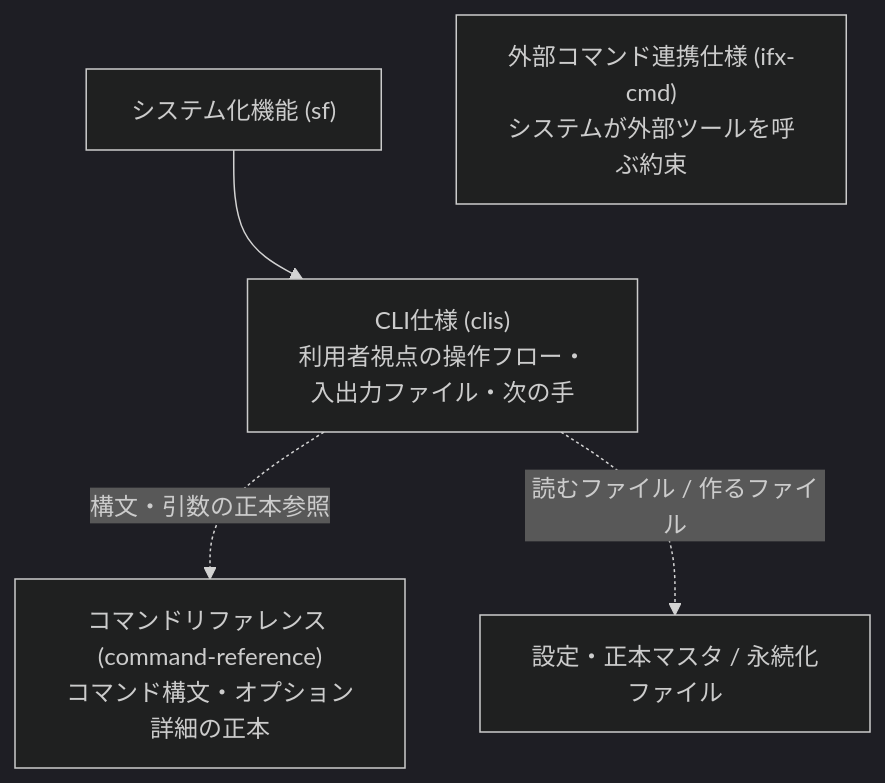
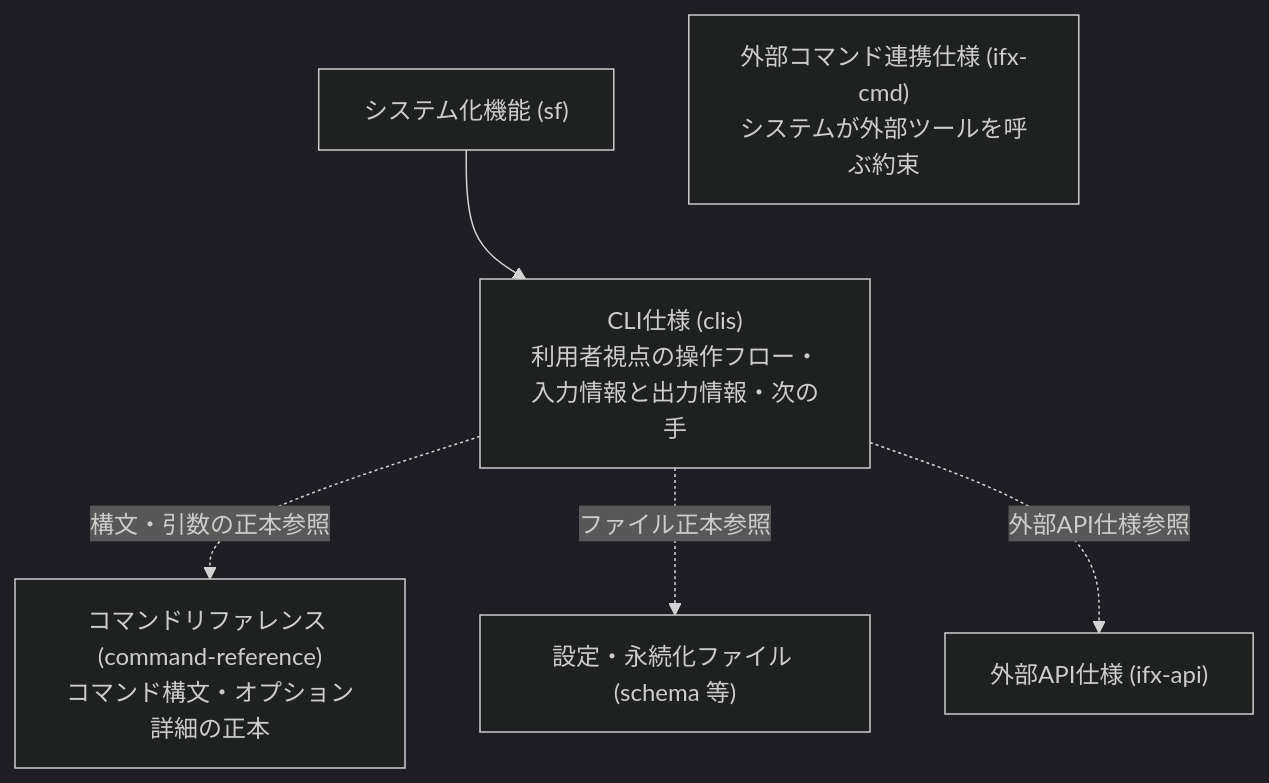
One commit to specdojo/specdojo changed the diagram in docs/ja/specdojo/rulebooks/clis-rulebook.md. Above: the diagram before and after it, drawn with Mermaid (dark theme). The commit also changed other lines of this file and 6 other files, not shown here.

````diff
--- a/docs/ja/specdojo/rulebooks/clis-rulebook.md
+++ b/docs/ja/specdojo/rulebooks/clis-rulebook.md
@@ -51,7 +51,8 @@
 ```mermaid
 graph TD
-    SF["システム化機能 (sf)"] --> CLIS["CLI仕様 (clis)<br/>利用者視点の操作フロー・入出力ファイル・次の手"]
+    SF["システム化機能 (sf)"] --> CLIS["CLI仕様 (clis)<br/>利用者視点の操作フロー・入力情報と出力情報・次の手"]
     CLIS -.->|"構文・引数の正本参照"| CMDREF["コマンドリファレンス (command-reference)<br/>コマンド構文・オプション詳細の正本"]
-    CLIS -.->|"読むファイル / 作るファイル"| FILE["設定・正本マスタ / 永続化ファイル"]
+    CLIS -.->|"ファイル正本参照"| FILE["設定・永続化ファイル (schema 等)"]
+    CLIS -.->|"外部API仕様参照"| API["外部API仕様 (ifx-api)"]
     IFX["外部コマンド連携仕様 (ifx-cmd)<br/>システムが外部ツールを呼ぶ約束"] ~~~ CLIS
 ```
````
